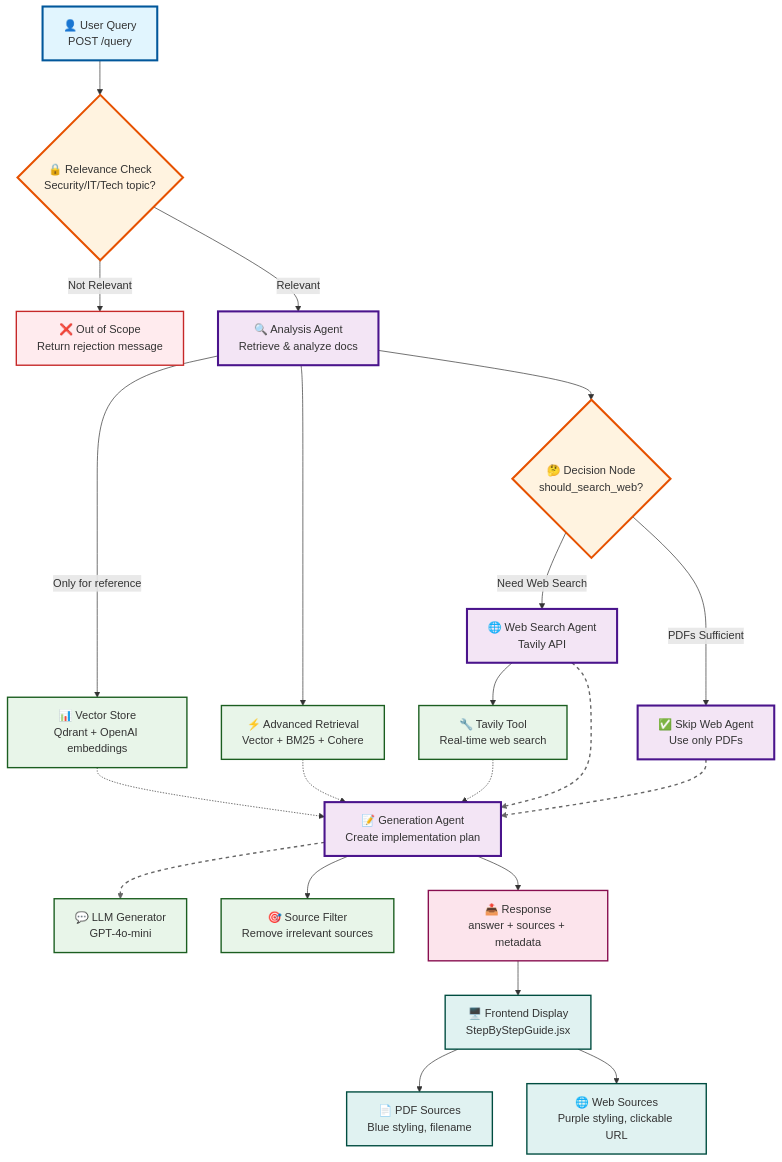
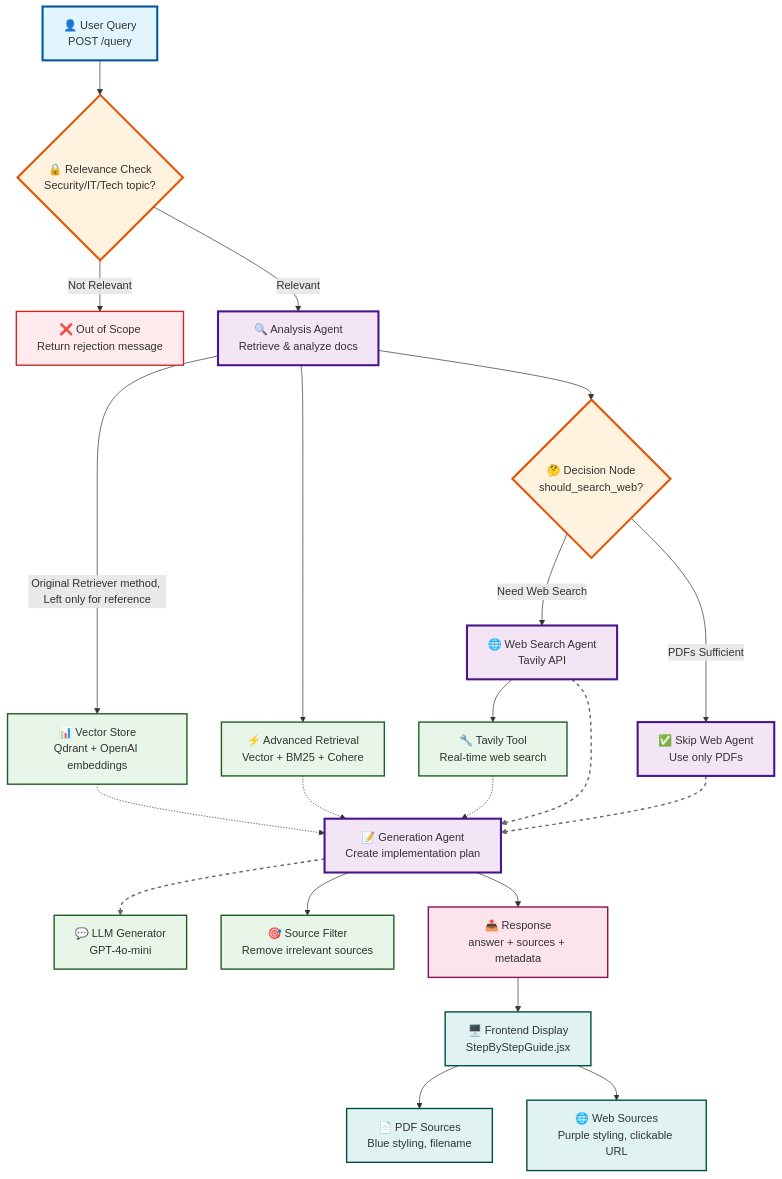
One commit to ismgonza/AIE8_Certification_Challenge changed the diagram in REPORT.md. Above: the diagram before and after it, drawn with Mermaid.

Commit message:
Final Updates to REPORT.md

````diff
--- a/REPORT.md
+++ b/REPORT.md
@@ -161,54 +161,54 @@
 ```mermaid
 graph TD
    A[👤 User Query<br/>POST /query] --> B{🔒 Relevance Check<br/>Security/IT/Tech topic?}
    
    B -->|Not Relevant| Z[❌ Out of Scope<br/>Return rejection message]
    B -->|Relevant| C[🔍 Analysis Agent<br/>Retrieve & analyze docs]
    
-   C -->|Only for reference| C1[📊 Vector Store<br/>Qdrant + OpenAI embeddings]
+   C -->|Original Retriever method, Left only for reference| C1[📊 Vector Store<br/>Qdrant + OpenAI embeddings]
    C --> C2[⚡ Advanced Retrieval<br/>Vector + BM25 + Cohere]
    
    C --> D{🤔 Decision Node<br/>should_search_web?}
    
    D -->|Need Web Search| E[🌐 Web Search Agent<br/>Tavily API]
    D -->|PDFs Sufficient| F[✅ Skip Web Agent<br/>Use only PDFs]
    
    E --> E1[🔧 Tavily Tool<br/>Real-time web search]
    
    E --> G[📝 Generation Agent<br/>Create implementation plan]
    F --> G
    
    G --> G1[💬 LLM Generator<br/>GPT-4o-mini]
    G --> G2[🎯 Source Filter<br/>Remove irrelevant sources]
    
    G --> H[📤 Response<br/>answer + sources + metadata]
    
    H --> I[🖥️ Frontend Display<br/>StepByStepGuide.jsx]
    
    I --> I1[📄 PDF Sources<br/>Blue styling, filename]
    I --> I2[🌐 Web Sources<br/>Purple styling, clickable URL]
    
    %% Data flow from tools to generation
    C1 -.-> G
    C2 -.-> G
    E1 -.-> G
    
    %% Styling
    classDef entry fill:#e1f5fe,stroke:#01579b,stroke-width:3px
    classDef agent fill:#f3e5f5,stroke:#4a148c,stroke-width:3px
    classDef decision fill:#fff3e0,stroke:#e65100,stroke-width:3px
    classDef tool fill:#e8f5e9,stroke:#1b5e20,stroke-width:2px
    classDef output fill:#fce4ec,stroke:#880e4f,stroke-width:2px
    classDef frontend fill:#e0f2f1,stroke:#004d40,stroke-width:2px
    classDef rejection fill:#ffebee,stroke:#c62828,stroke-width:2px
    
    class A entry
    class C,E,F,G agent
    class B,D decision
    class C1,C2,E1,G1,G2 tool
    class H output
    class I,I1,I2 frontend
    class Z rejection
    
    linkStyle 9,10,11 stroke:#666,stroke-width:2px,stroke-dasharray:5 5
 ```
````
